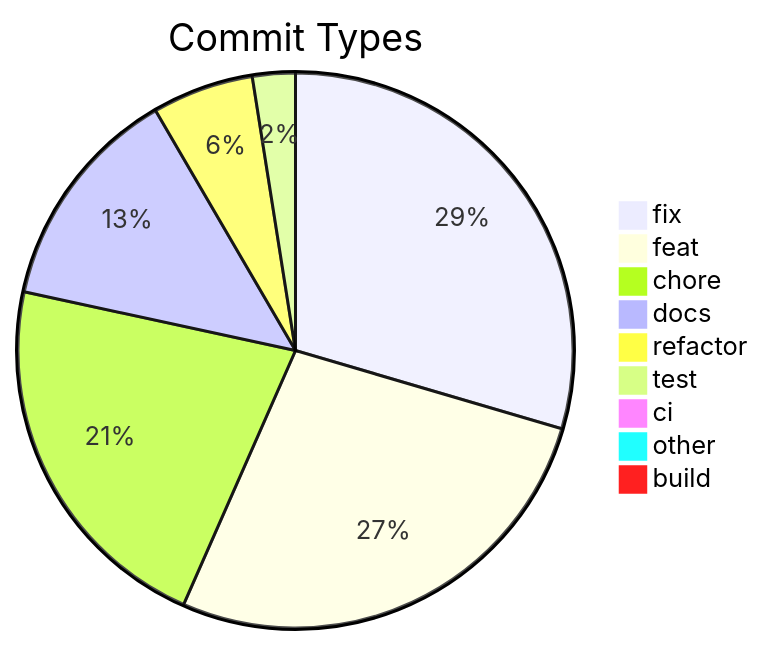
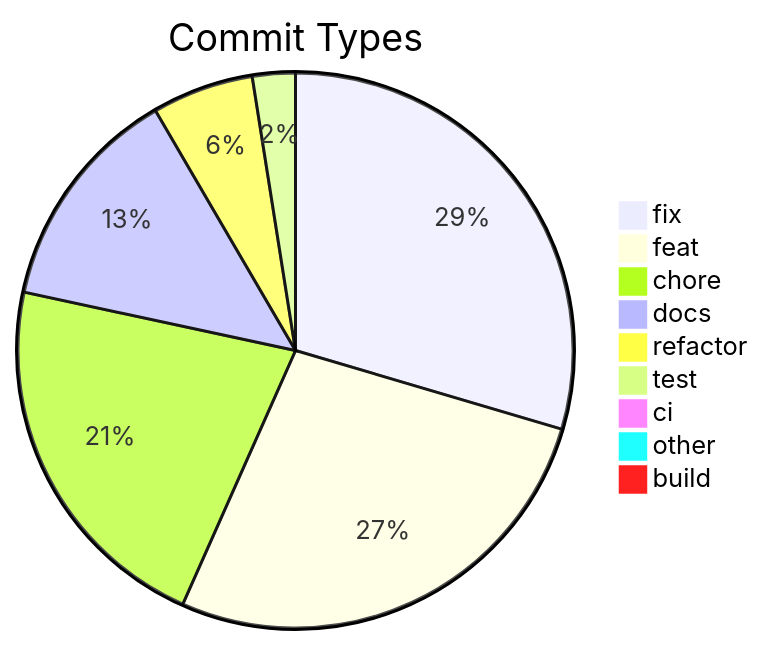
One commit to svenroth-ai/shipwright changed the diagram in .shipwright/compliance/change-history.md. Above: the diagram before and after it, drawn with Mermaid. The commit also changed other lines of this file and 17 other files, not shown here.

````diff
--- a/.shipwright/compliance/change-history.md
+++ b/.shipwright/compliance/change-history.md
@@ -8,12 +8,12 @@
 ```mermaid
 pie title Commit Types
     "fix" : 320
     "feat" : 293
-    "chore" : 236
+    "chore" : 235
     "docs" : 143
     "refactor" : 64
     "test" : 27
     "ci" : 11
     "other" : 7
     "build" : 1
 ```
````
